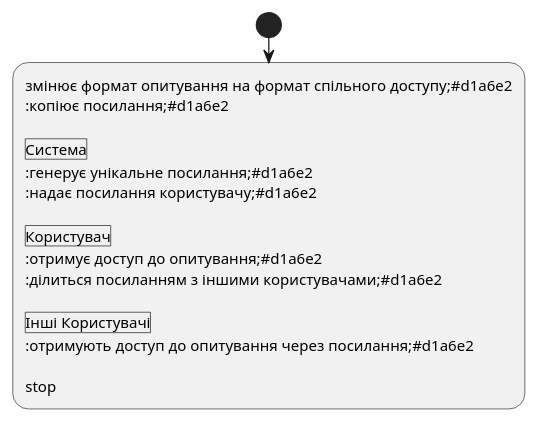
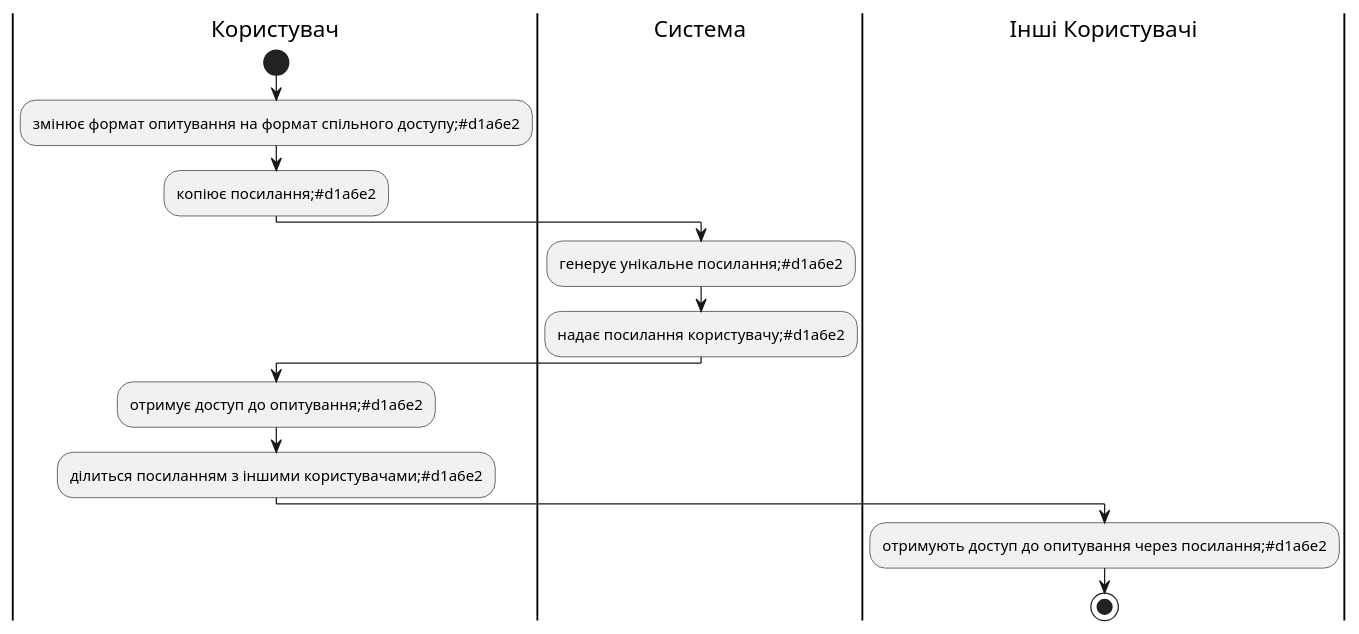
Before and after one commit to sunnytea0/db_labs_my: the second of 3 diagrams in docs/use cases/README.md, drawn with PlantUML. The commit also changed other lines of this file, not shown here.

```diff
--- a/docs/use cases/README.md
+++ b/docs/use cases/README.md
@@ -172,21 +172,21 @@
 @startuml
 
     |Користувач|
     start;
-    :змінює формат опитування на формат спільного доступу;#d1a6e2
-    :копіює посилання;#d1a6e2
+    :змінює формат опитування на формат спільного доступу;#d1a6e2;
+    :копіює посилання;#d1a6e2;
 
     |Система|
-    :генерує унікальне посилання;#d1a6e2
-    :надає посилання користувачу;#d1a6e2
+    :генерує унікальне посилання;#d1a6e2;
+    :надає посилання користувачу;#d1a6e2;
 
     |Користувач|
-    :отримує доступ до опитування;#d1a6e2
-    :ділиться посиланням з іншими користувачами;#d1a6e2
+    :отримує доступ до опитування;#d1a6e2;
+    :ділиться посиланням з іншими користувачами;#d1a6e2;
 
     |Інші Користувачі|
-    :отримують доступ до опитування через посилання;#d1a6e2
+    :отримують доступ до опитування через посилання;#d1a6e2;
     
     stop;
 
 @enduml
```
